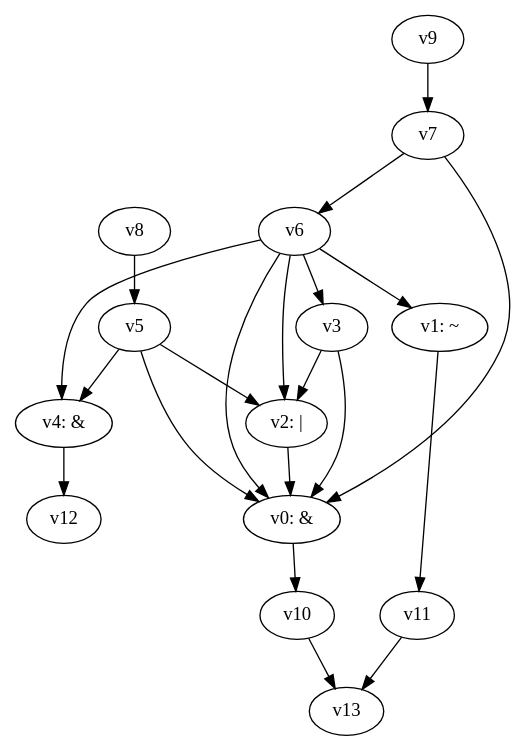
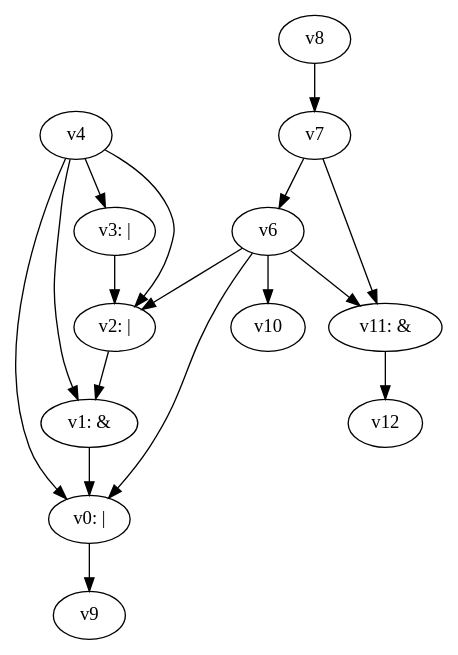
One commit to yadej/graph_project changed the diagram in dot_files/random_bool_circ.dot. Above: the diagram before and after it, drawn with Graphviz. The commit also changed 1 other file, not shown here.

```diff
--- a/dot_files/random_bool_circ.dot
+++ b/dot_files/random_bool_circ.dot
@@ -1,24 +1,22 @@
 digraph G { 
-v0 [label="v0: &"]; 
-v1 [label="v1: ~"]; 
+v0 [label="v0: |"]; 
+v1 [label="v1: &"]; 
 v2 [label="v2: |"]; 
-v4 [label="v4: &"]; 
-v0 -> v10 -> v13;
-v1 -> v11 -> v13;
-v2 -> v0;
-v3 -> v0;
+v3 [label="v3: |"]; 
+v11 [label="v11: &"]; 
+v0 -> v9;
+v1 -> v0;
+v2 -> v1;
 v3 -> v2;
-v4 -> v12;
-v5 -> v0;
-v5 -> v2;
-v5 -> v4;
+v4 -> v0;
+v4 -> v1;
+v4 -> v2;
+v4 -> v3;
 v6 -> v0;
-v6 -> v1;
 v6 -> v2;
-v6 -> v3;
-v6 -> v4;
-v7 -> v0;
+v6 -> v10;
+v6 -> v11 -> v12;
 v7 -> v6;
-v8 -> v5;
-v9 -> v7;
+v7 -> v11;
+v8 -> v7;
 }
```
